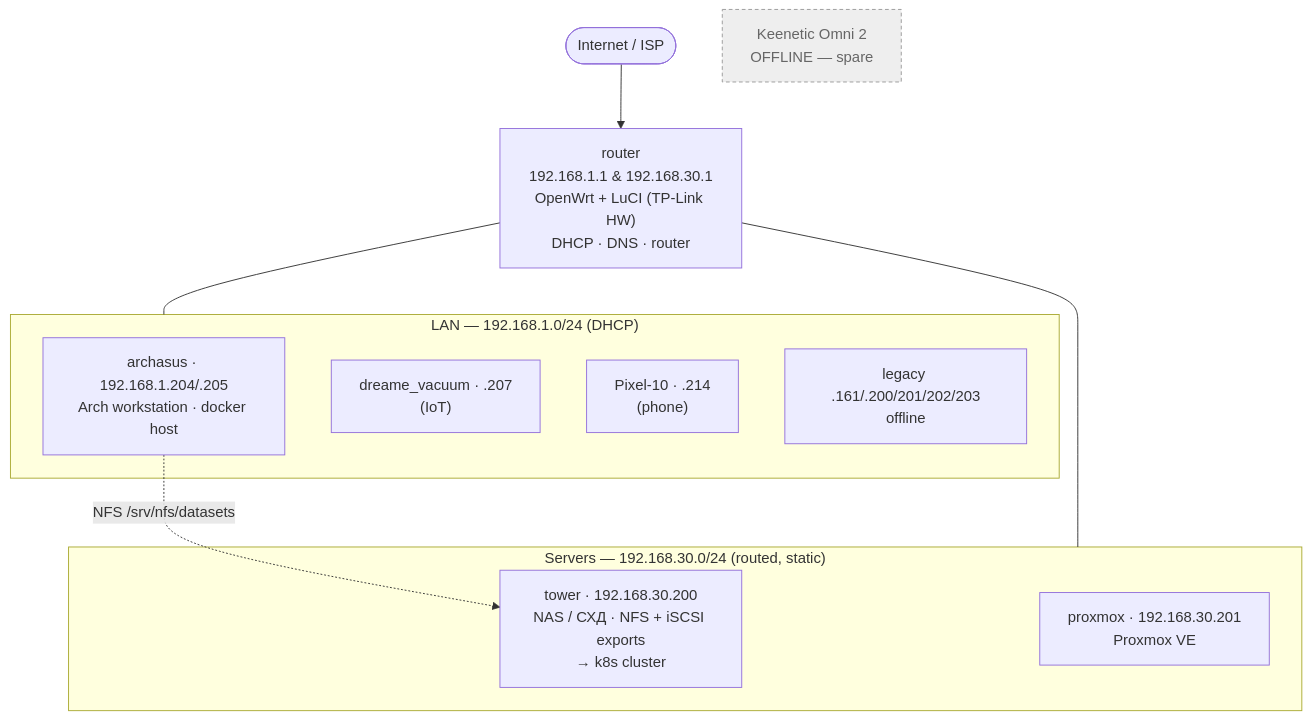
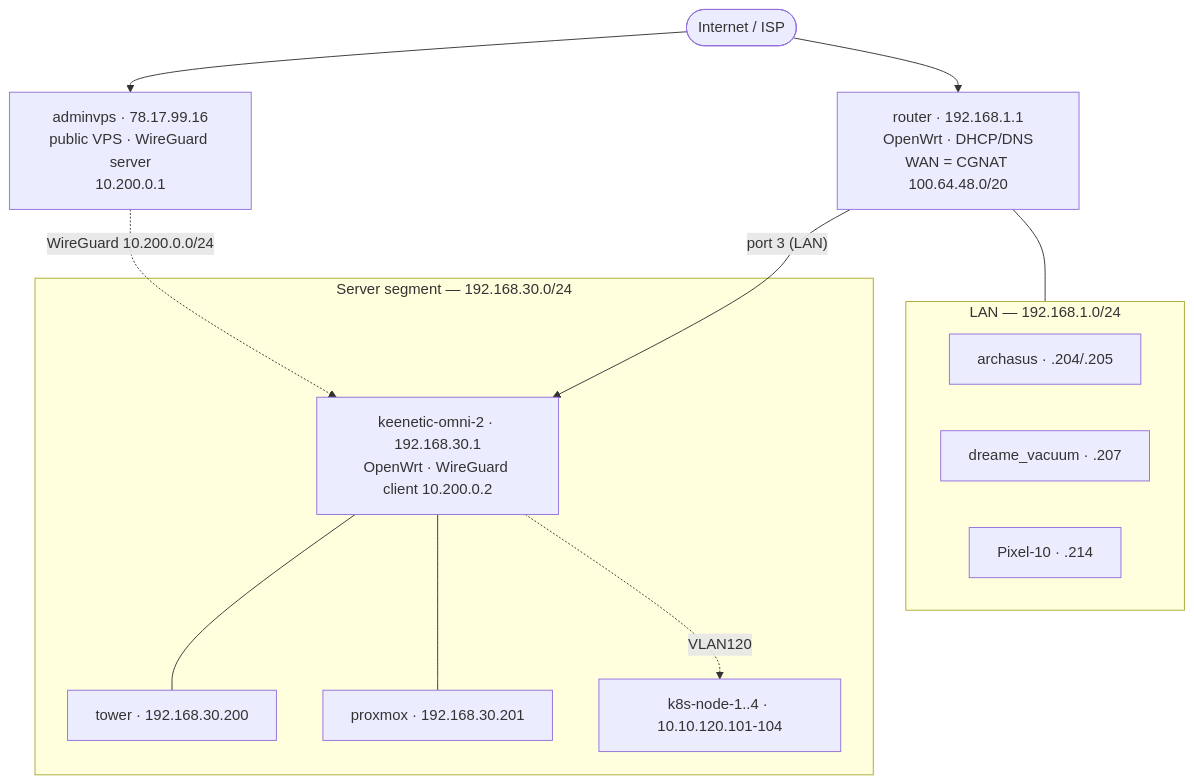
Before and after one commit to iskovskikh/tower_cloud: the diagram in docs/network/README.md, drawn with Mermaid. The commit also changed other lines of this file and 16 other files, not shown here.

````diff
--- a/docs/network/README.md
+++ b/docs/network/README.md
@@ -15,23 +21,24 @@
 ```mermaid
 flowchart TB
-    INET([Internet / ISP]) --> R["router<br/>192.168.1.1 &amp; 192.168.30.1<br/>OpenWrt + LuCI (TP-Link HW)<br/>DHCP · DNS · router"]
+    INET([Internet / ISP]) --> R["router · 192.168.1.1<br/>OpenWrt · DHCP/DNS<br/>WAN = CGNAT 100.64.48.0/20"]
+    INET --> VPS["adminvps · 78.17.99.16<br/>public VPS · WireGuard server<br/>10.200.0.1"]
 
-    subgraph LAN["LAN — 192.168.1.0/24 (DHCP)"]
-        AS["archasus · 192.168.1.204/.205<br/>Arch workstation · docker host"]
-        VAC["dreame_vacuum · .207<br/>(IoT)"]
-        PH["Pixel-10 · .214<br/>(phone)"]
-        LEG["legacy .161/.200/201/202/203<br/>offline"]
+    subgraph LAN["LAN — 192.168.1.0/24"]
+        AS["archasus · .204/.205"]
+        VAC["dreame_vacuum · .207"]
+        PH["Pixel-10 · .214"]
     end
+    R --- LAN
 
-    subgraph SRV["Servers — 192.168.30.0/24 (routed, static)"]
-        TWR["tower · 192.168.30.200<br/>NAS / СХД · NFS + iSCSI exports<br/>→ k8s cluster"]
-        PVE["proxmox · 192.168.30.201<br/>Proxmox VE"]
+    subgraph SRV["Server segment — 192.168.30.0/24"]
+        KE["keenetic-omni-2 · 192.168.30.1<br/>OpenWrt · WireGuard client 10.200.0.2"]
+        TWR["tower · 192.168.30.200"]
+        PVE["proxmox · 192.168.30.201"]
+        K8S["k8s-node-1..4 · 10.10.120.101-104"]
+        KE --- TWR
+        KE --- PVE
+        KE -. "VLAN120" .-> K8S
     end
-
-    R --- LAN
-    R --- SRV
-    AS -. "NFS /srv/nfs/datasets" .-> TWR
-
-    OFF["Keenetic Omni 2<br/>OFFLINE — spare"]:::off
-    classDef off fill:#eee,stroke:#999,stroke-dasharray:4 3,color:#666;
+    R -->|"port 3 (LAN)"| KE
+    VPS -. "WireGuard 10.200.0.0/24" .-> KE
 ```
````
